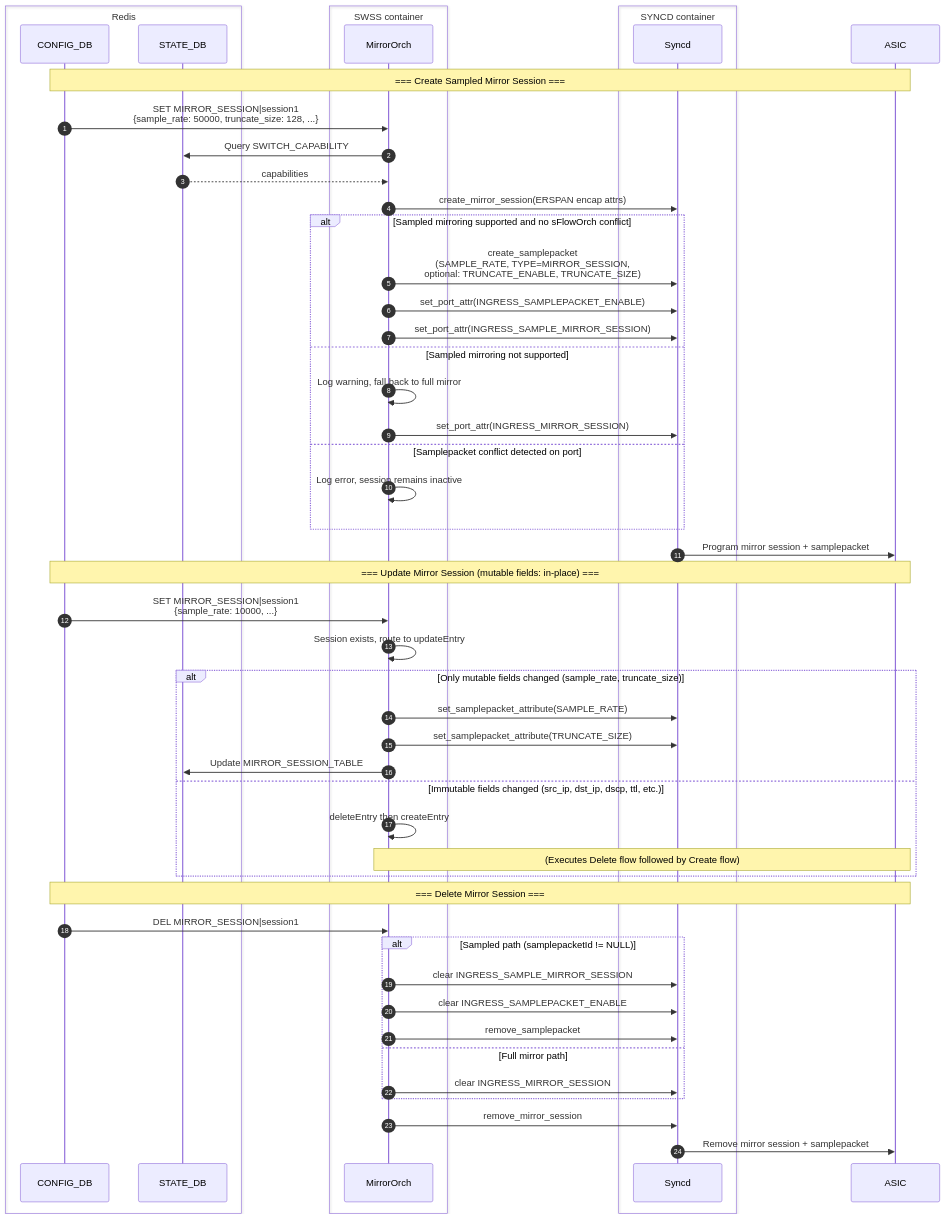
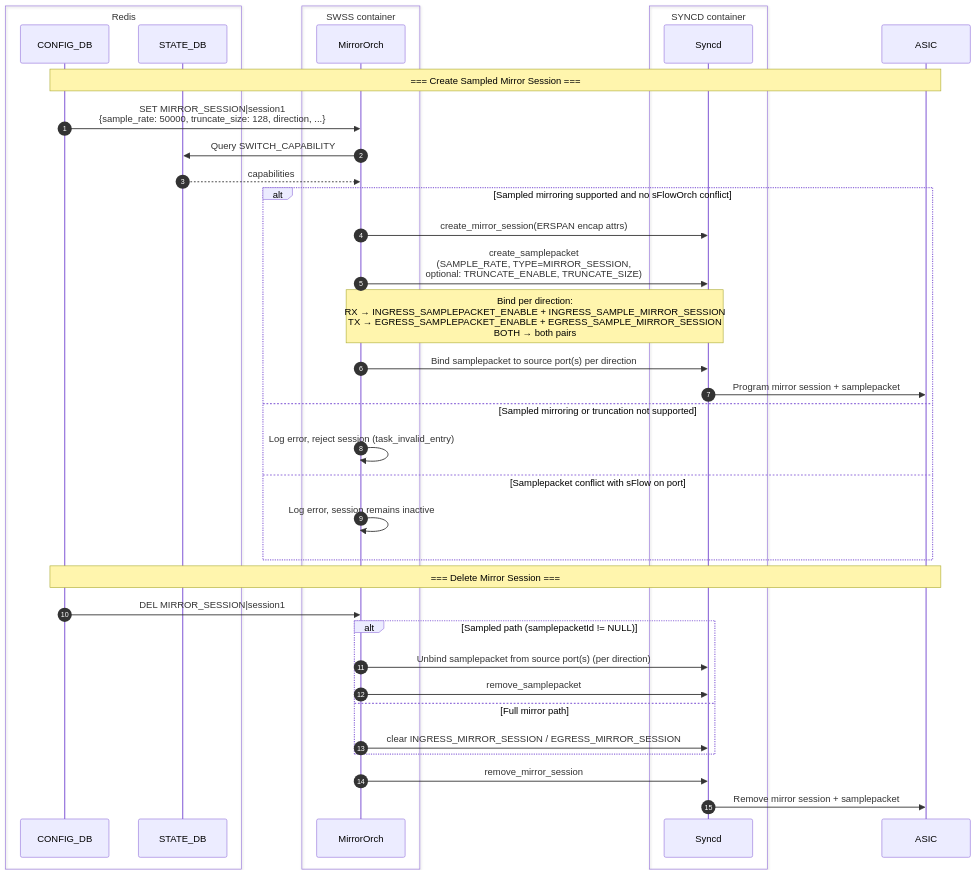
The third of 3 diagrams in doc/port-mirroring/SONiC_Port_Mirroring_HLD.md (sonic-net/SONiC), drawn with Mermaid before and after one commit. The commit also changed other lines of this file, not shown here.

Commit message:
[HLD] add direction support, conflict detection, update YANG model, reject duplicated entry and update test plan

````diff
--- a/doc/port-mirroring/SONiC_Port_Mirroring_HLD.md
+++ b/doc/port-mirroring/SONiC_Port_Mirroring_HLD.md
@@ -761,53 +793,40 @@
 ```mermaid
 sequenceDiagram
      autonumber
      box Redis
          participant config_db as CONFIG_DB
          participant state_db as STATE_DB
      end
      box SWSS container
          participant mirror_orch as MirrorOrch
      end
      box SYNCD container
          participant syncd as Syncd
      end
      participant asic as ASIC
      Note over config_db,asic: === Create Sampled Mirror Session ===
-     config_db ->> mirror_orch: SET MIRROR_SESSION|session1<br/>{sample_rate: 50000, truncate_size: 128, ...}
+     config_db ->> mirror_orch: SET MIRROR_SESSION|session1<br/>{sample_rate: 50000, truncate_size: 128, direction, ...}
      mirror_orch ->> state_db: Query SWITCH_CAPABILITY
      state_db -->> mirror_orch: capabilities
-     mirror_orch ->> syncd: create_mirror_session(ERSPAN encap attrs)
      alt Sampled mirroring supported and no sFlowOrch conflict
+         mirror_orch ->> syncd: create_mirror_session(ERSPAN encap attrs)
          mirror_orch ->> syncd: create_samplepacket<br/>(SAMPLE_RATE, TYPE=MIRROR_SESSION,<br/>optional: TRUNCATE_ENABLE, TRUNCATE_SIZE)
-         mirror_orch ->> syncd: set_port_attr(INGRESS_SAMPLEPACKET_ENABLE)
-         mirror_orch ->> syncd: set_port_attr(INGRESS_SAMPLE_MIRROR_SESSION)
-     else Sampled mirroring not supported
-         mirror_orch ->> mirror_orch: Log warning, fall back to full mirror
-         mirror_orch ->> syncd: set_port_attr(INGRESS_MIRROR_SESSION)
-     else Samplepacket conflict detected on port
+         Note over mirror_orch,syncd: Bind per direction:<br/>RX → INGRESS_SAMPLEPACKET_ENABLE + INGRESS_SAMPLE_MIRROR_SESSION<br/>TX → EGRESS_SAMPLEPACKET_ENABLE + EGRESS_SAMPLE_MIRROR_SESSION<br/>BOTH → both pairs
+         mirror_orch ->> syncd: Bind samplepacket to source port(s) per direction
+         syncd ->> asic: Program mirror session + samplepacket
+     else Sampled mirroring or truncation not supported
+         mirror_orch ->> mirror_orch: Log error, reject session (task_invalid_entry)
+     else Samplepacket conflict with sFlow on port
          mirror_orch ->> mirror_orch: Log error, session remains inactive
-     end
-     syncd ->> asic: Program mirror session + samplepacket
-     Note over config_db,asic: === Update Mirror Session (mutable fields: in-place) ===
-     config_db ->> mirror_orch: SET MIRROR_SESSION|session1<br/>{sample_rate: 10000, ...}
-     mirror_orch ->> mirror_orch: Session exists, route to updateEntry
-     alt Only mutable fields changed (sample_rate, truncate_size)
-         mirror_orch ->> syncd: set_samplepacket_attribute(SAMPLE_RATE)
-         mirror_orch ->> syncd: set_samplepacket_attribute(TRUNCATE_SIZE)
-         mirror_orch ->> state_db: Update MIRROR_SESSION_TABLE
-     else Immutable fields changed (src_ip, dst_ip, dscp, ttl, etc.)
-         mirror_orch ->> mirror_orch: deleteEntry then createEntry
-         Note over mirror_orch,asic: (Executes Delete flow followed by Create flow)
      end
      Note over config_db,asic: === Delete Mirror Session ===
      config_db ->> mirror_orch: DEL MIRROR_SESSION|session1
      alt Sampled path (samplepacketId != NULL)
-         mirror_orch ->> syncd: clear INGRESS_SAMPLE_MIRROR_SESSION
-         mirror_orch ->> syncd: clear INGRESS_SAMPLEPACKET_ENABLE
+         mirror_orch ->> syncd: Unbind samplepacket from source port(s) (per direction)
          mirror_orch ->> syncd: remove_samplepacket
      else Full mirror path
-         mirror_orch ->> syncd: clear INGRESS_MIRROR_SESSION
+         mirror_orch ->> syncd: clear INGRESS_MIRROR_SESSION / EGRESS_MIRROR_SESSION
      end
      mirror_orch ->> syncd: remove_mirror_session
      syncd ->> asic: Remove mirror session + samplepacket
 ```
````
